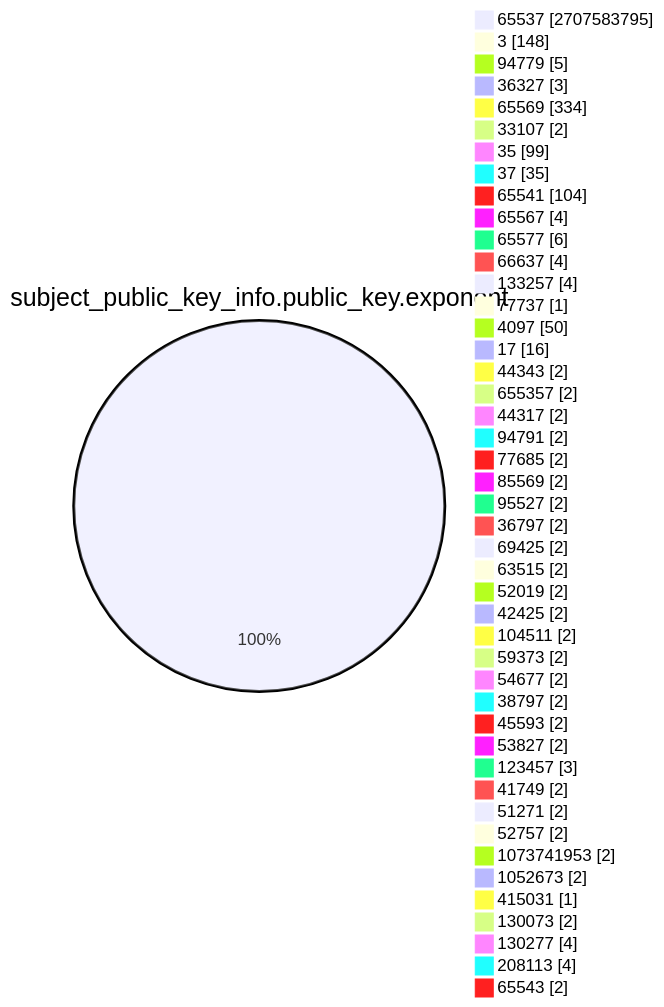
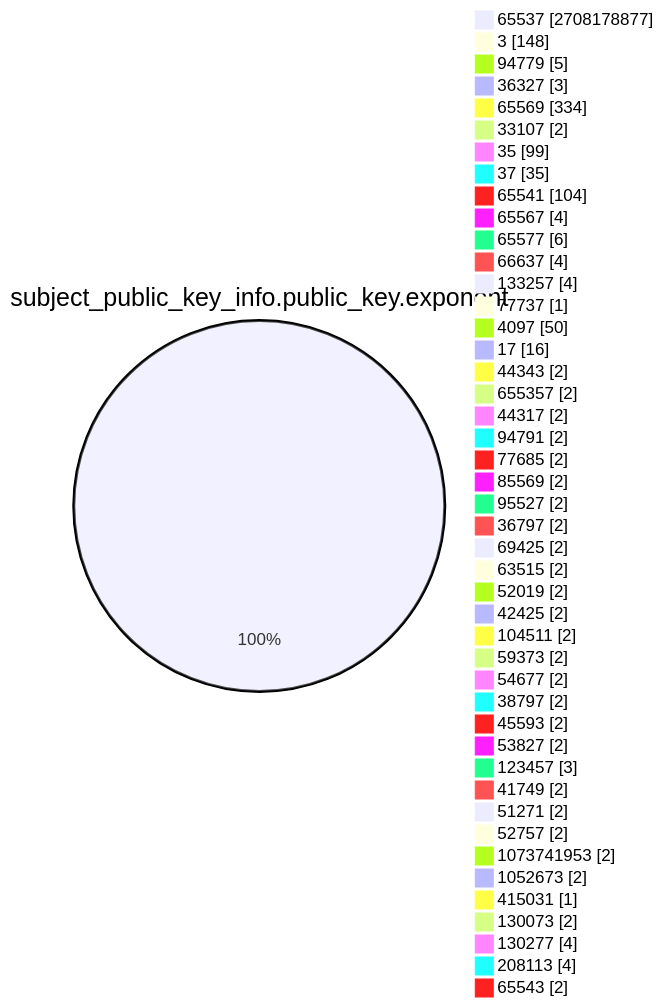
One commit to christiankrug/ctmonitor_visualization changed the fourth of 15 diagrams in TOTAL/README.md. Above: the diagram before and after it, drawn with Mermaid. The commit also changed other lines of this file, not shown here.

````diff
--- a/TOTAL/README.md
+++ b/TOTAL/README.md
@@ -1467,49 +1467,49 @@
 ```mermaid
 pie showData
 title subject_public_key_info.public_key.exponent
-"65537" :2707583795
+"65537" :2708178877
 "3" :148
 "94779" :5
 "36327" :3
 "65569" :334
 "33107" :2
 "35" :99
 "37" :35
 "65541" :104
 "65567" :4
 "65577" :6
 "66637" :4
 "133257" :4
 "77737" :1
 "4097" :50
 "17" :16
 "44343" :2
 "655357" :2
 "44317" :2
 "94791" :2
 "77685" :2
 "85569" :2
 "95527" :2
 "36797" :2
 "69425" :2
 "63515" :2
 "52019" :2
 "42425" :2
 "104511" :2
 "59373" :2
 "54677" :2
 "38797" :2
 "45593" :2
 "53827" :2
 "123457" :3
 "41749" :2
 "51271" :2
 "52757" :2
 "1073741953" :2
 "1052673" :2
 "415031" :1
 "130073" :2
 "130277" :4
 "208113" :4
 "65543" :2
 ```
````
